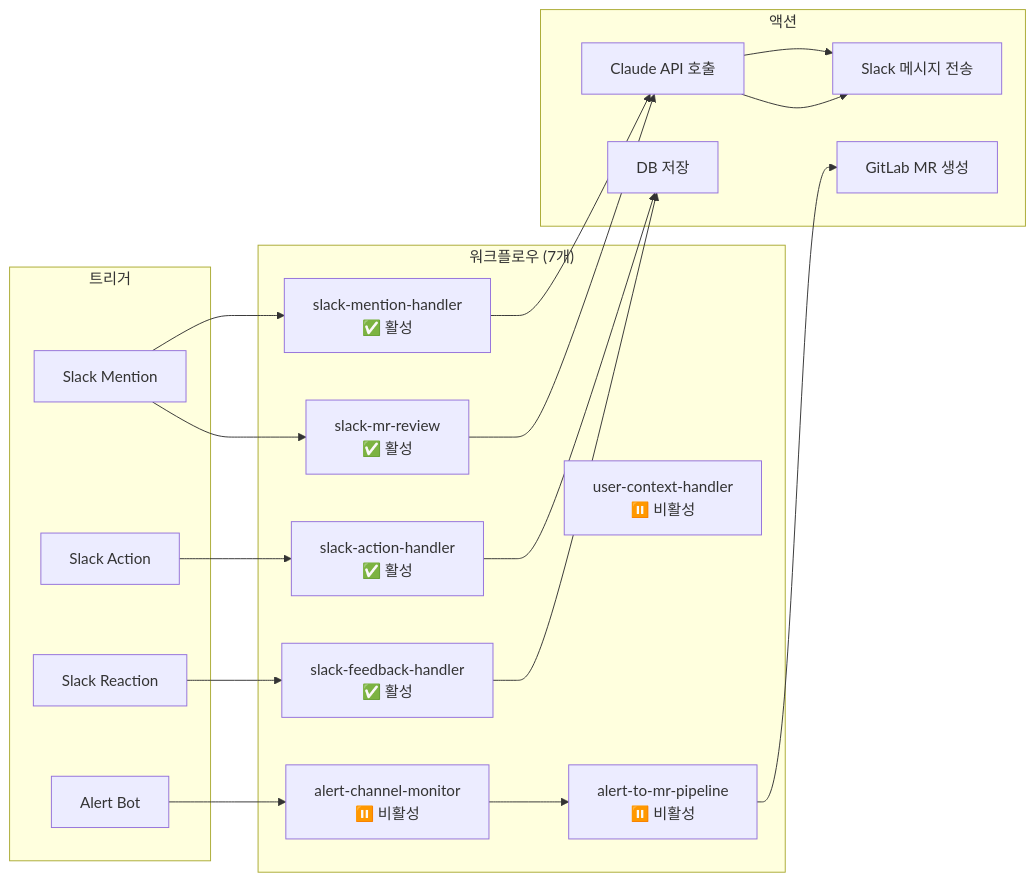
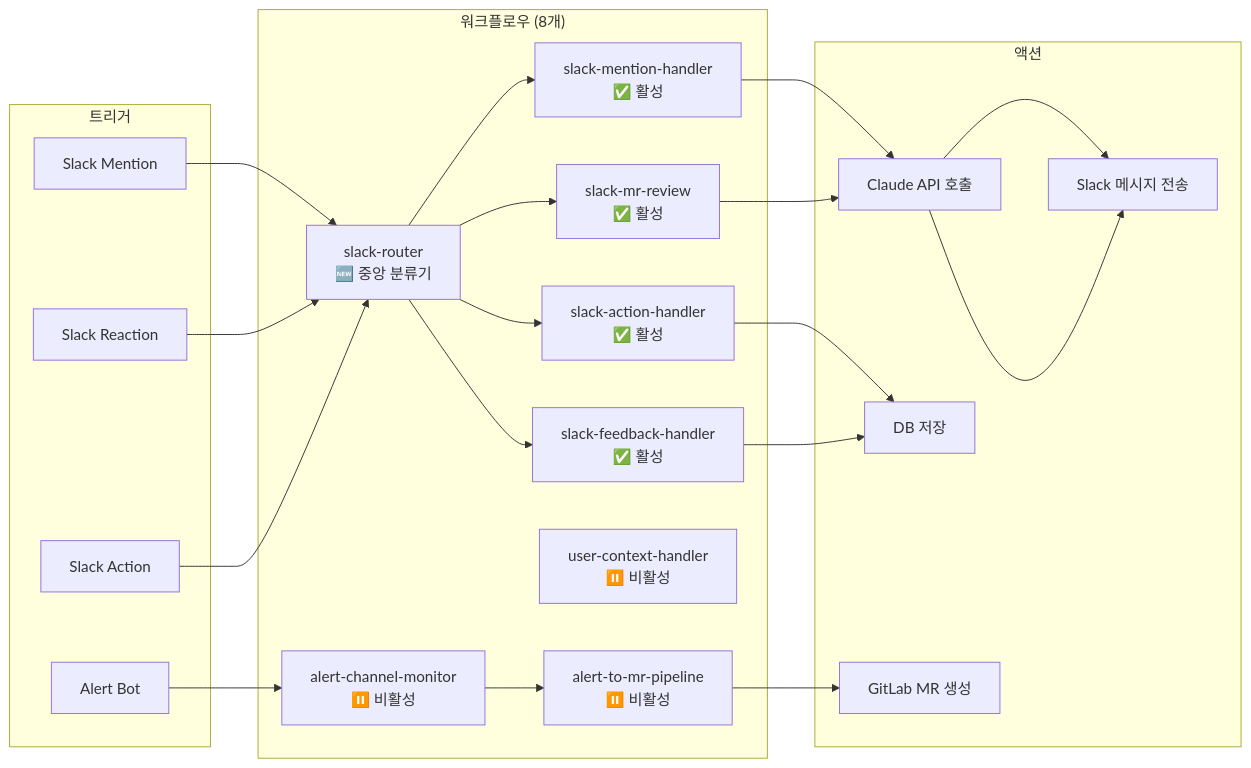
The tenth of 20 diagrams in docs/ARCHITECTURE.md (Gyeom/claude-flow), drawn with Mermaid before and after one commit. The commit also changed other lines of this file and 7 other files, not shown here.

````diff
--- a/docs/ARCHITECTURE.md
+++ b/docs/ARCHITECTURE.md
@@ -364,38 +444,42 @@
 ```mermaid
 flowchart LR
     subgraph Triggers["트리거"]
         W1["Slack Mention"]
         W2["Slack Reaction"]
         W3["Slack Action"]
         W4["Alert Bot"]
     end
 
-    subgraph Workflows["워크플로우 (7개)"]
+    subgraph Workflows["워크플로우 (8개)"]
+        WF0["slack-router<br/>🆕 중앙 분류기"]
         WF1["slack-mention-handler<br/>✅ 활성"]
         WF2["slack-mr-review<br/>✅ 활성"]
         WF3["slack-action-handler<br/>✅ 활성"]
         WF4["slack-feedback-handler<br/>✅ 활성"]
         WF5["user-context-handler<br/>⏸️ 비활성"]
         WF6["alert-channel-monitor<br/>⏸️ 비활성"]
         WF7["alert-to-mr-pipeline<br/>⏸️ 비활성"]
     end
 
     subgraph Actions["액션"]
         A1["Claude API 호출"]
         A2["Slack 메시지 전송"]
         A3["DB 저장"]
         A4["GitLab MR 생성"]
     end
 
-    W1 --> WF1
-    W1 --> WF2
-    W2 --> WF4
-    W3 --> WF3
+    W1 --> WF0
+    W2 --> WF0
+    W3 --> WF0
+    WF0 --> WF1
+    WF0 --> WF2
+    WF0 --> WF3
+    WF0 --> WF4
     W4 --> WF6
 
     WF1 --> A1 --> A2
     WF2 --> A1 --> A2
     WF3 --> A3
     WF4 --> A3
     WF6 --> WF7 --> A4
 ```
````
